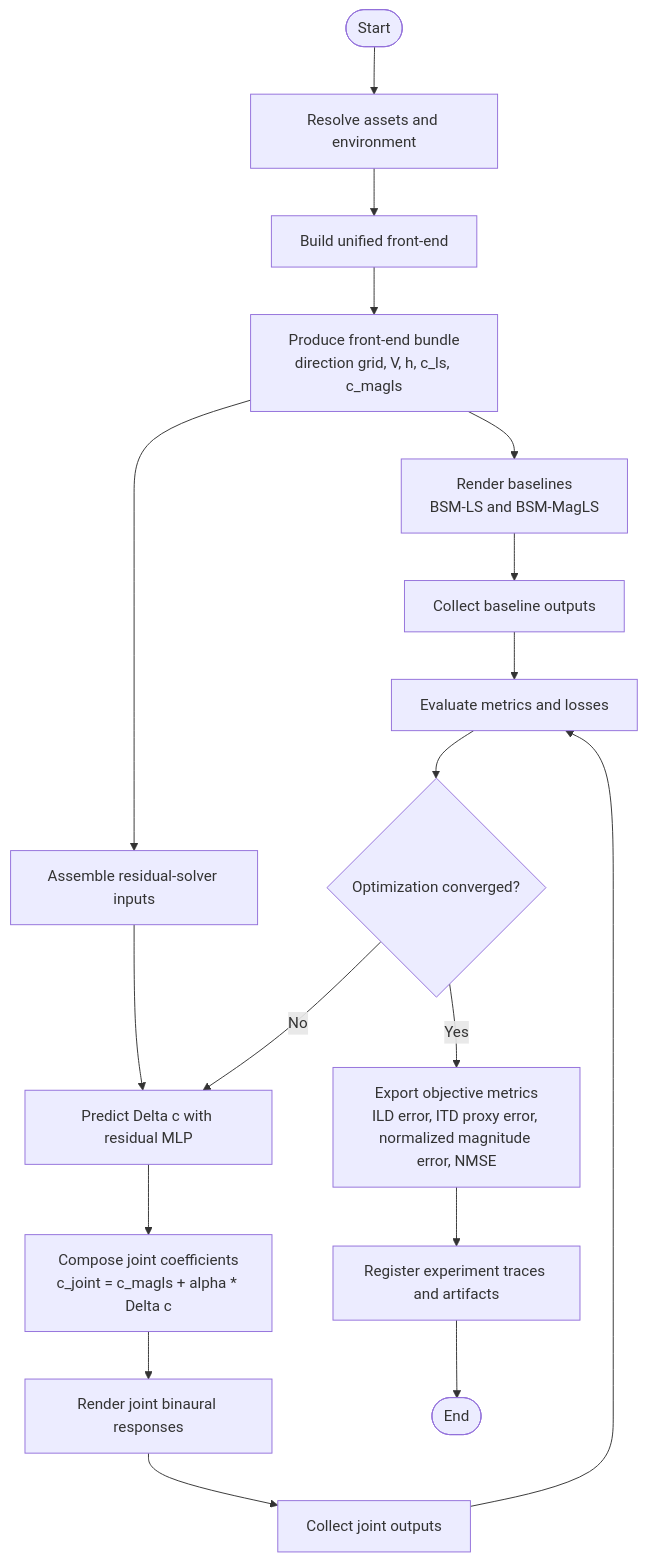
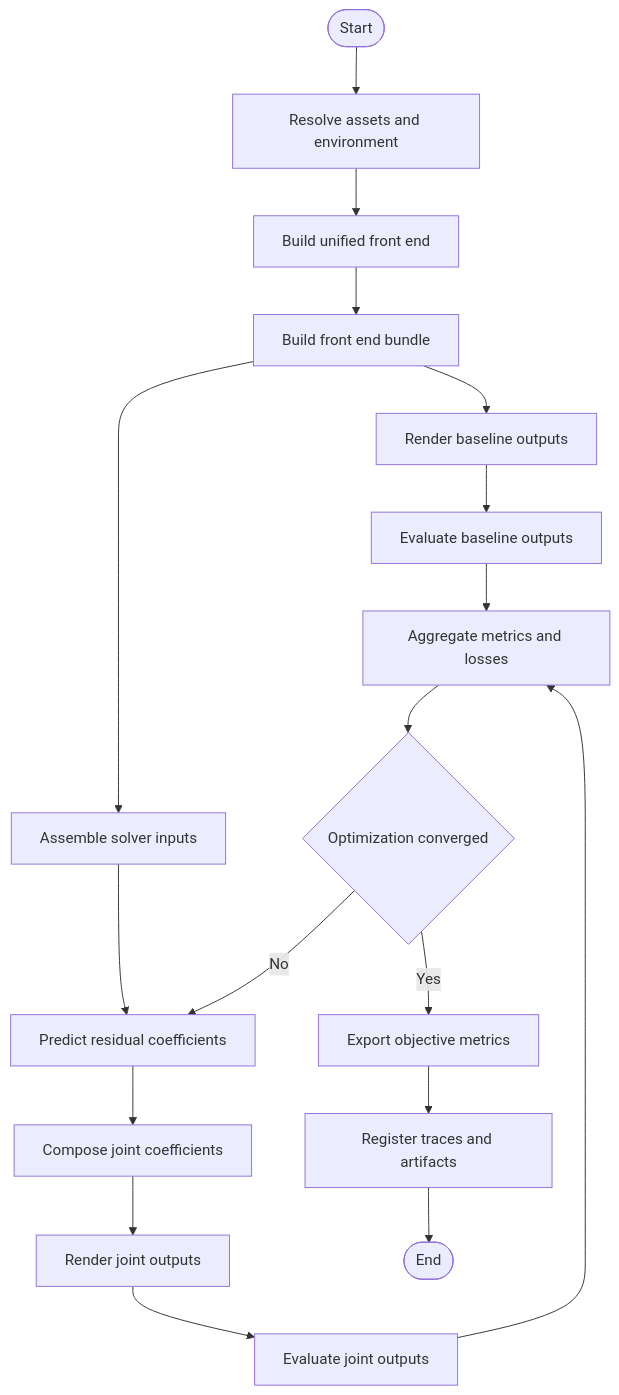
One commit to Albertfa2021/BSM_Harness changed the diagram in 02_Architecture/Logic/ARCH-01_Logical_Flow.md. Above: the diagram before and after it, drawn with Mermaid. The commit also changed 1 other file, not shown here.

Commit message:
Simplify Mermaid flowcharts for markdown preview compatibility

````diff
--- a/02_Architecture/Logic/ARCH-01_Logical_Flow.md
+++ b/02_Architecture/Logic/ARCH-01_Logical_Flow.md
@@ -26,20 +26,20 @@
 ```mermaid
-flowchart TD
+graph TD
     S([Start]) --> A[Resolve assets and environment]
-    A --> B[Build unified front-end]
-    B --> C[Produce front-end bundle<br/>direction grid, V, h, c_ls, c_magls]
-    C --> D[Render baselines<br/>BSM-LS and BSM-MagLS]
-    C --> E[Assemble residual-solver inputs]
-    E --> F[Predict Delta c with residual MLP]
-    F --> G[Compose joint coefficients<br/>c_joint = c_magls + alpha * Delta c]
-    G --> H[Render joint binaural responses]
-    D --> I[Collect baseline outputs]
-    H --> J[Collect joint outputs]
-    I --> K[Evaluate metrics and losses]
+    A --> B[Build unified front end]
+    B --> C[Build front end bundle]
+    C --> D[Render baseline outputs]
+    C --> E[Assemble solver inputs]
+    E --> F[Predict residual coefficients]
+    F --> G[Compose joint coefficients]
+    G --> H[Render joint outputs]
+    D --> I[Evaluate baseline outputs]
+    H --> J[Evaluate joint outputs]
+    I --> K[Aggregate metrics and losses]
     J --> K
-    K --> L{Optimization converged?}
+    K --> L{Optimization converged}
     L -->|No| F
-    L -->|Yes| M[Export objective metrics<br/>ILD error, ITD proxy error, normalized magnitude error, NMSE]
-    M --> N[Register experiment traces and artifacts]
+    L -->|Yes| M[Export objective metrics]
+    M --> N[Register traces and artifacts]
     N --> T([End])
 ```
````
